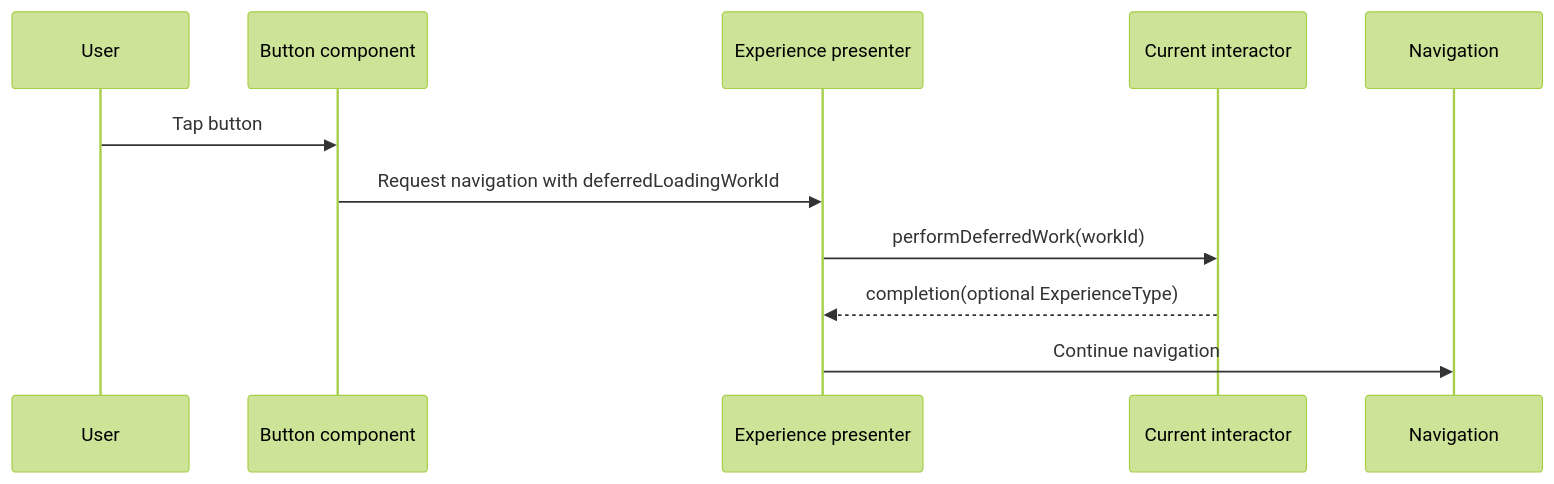
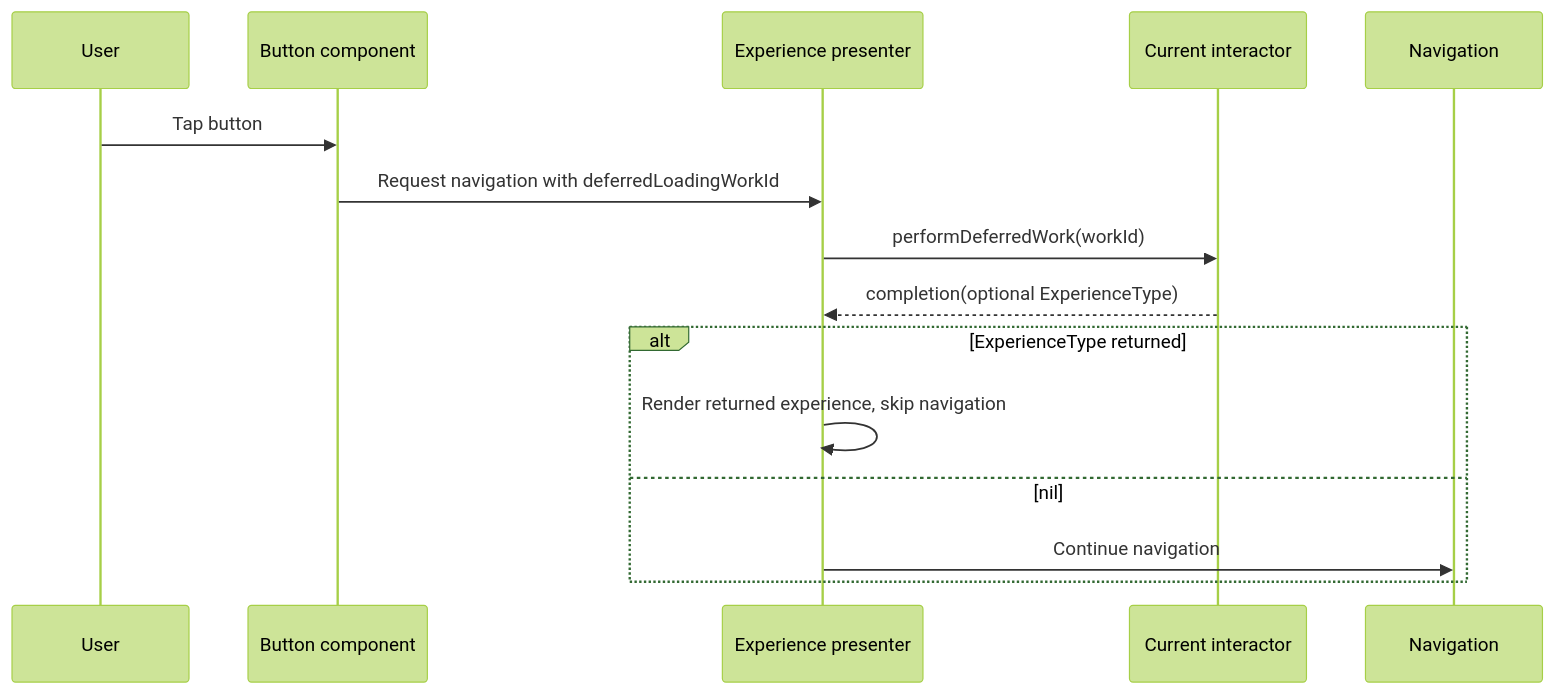
One commit to SashenSinghDev/ExperienceKit changed the diagram in docs/architecture/APPEXPERIENCE_DEFERREDWORK.md. Above: the diagram before and after it, drawn with Mermaid (forest theme). The commit also changed other lines of this file and 9 other files, not shown here.

````diff
--- a/docs/architecture/APPEXPERIENCE_DEFERREDWORK.md
+++ b/docs/architecture/APPEXPERIENCE_DEFERREDWORK.md
@@ -87,14 +103,18 @@
 ```mermaid
 sequenceDiagram
     participant User
     participant Component as Button component
     participant Presenter as Experience presenter
     participant Interactor as Current interactor
     participant Router as Navigation
 
     User->>Component: Tap button
     Component->>Presenter: Request navigation with deferredLoadingWorkId
     Presenter->>Interactor: performDeferredWork(workId)
     Interactor-->>Presenter: completion(optional ExperienceType)
-    Presenter->>Router: Continue navigation
+    alt ExperienceType returned
+        Presenter->>Presenter: Render returned experience, skip navigation
+    else nil
+        Presenter->>Router: Continue navigation
+    end
 ```
````
